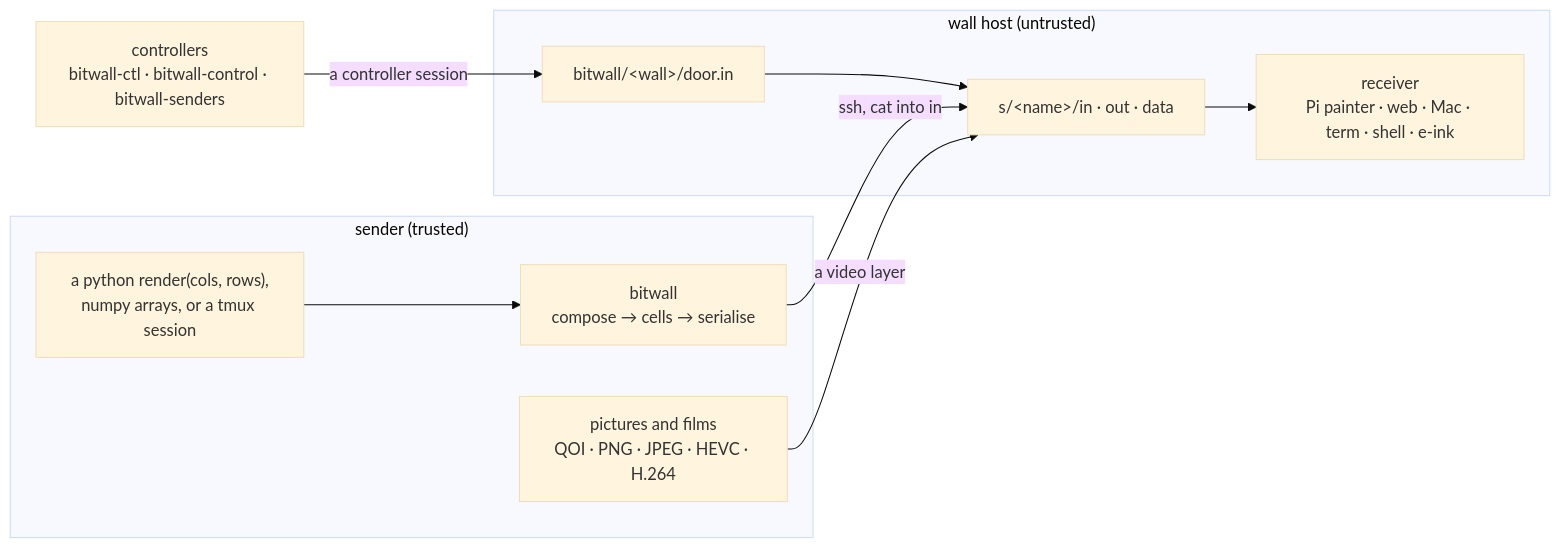
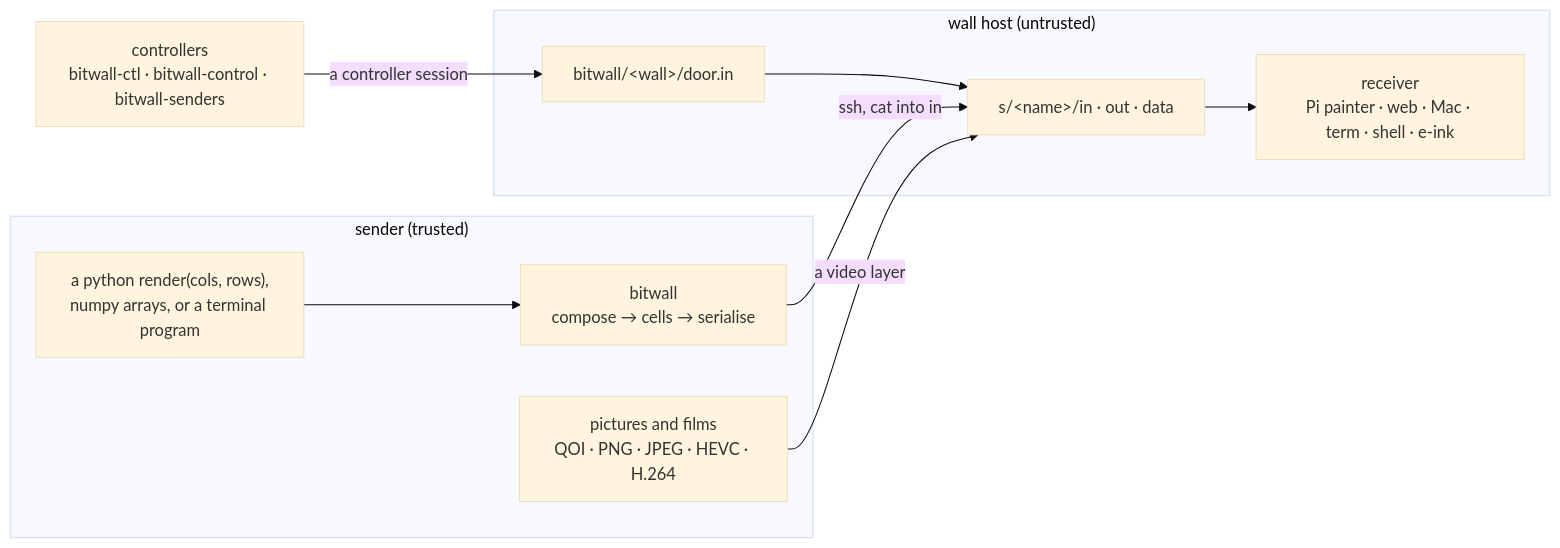
Before and after one commit to Iamrodos/bitwall: the second of 4 diagrams in README.md, drawn with Mermaid (base theme). The commit also changed other lines of this file and 10 other files, not shown here.

First line of the commit message:
Sources: terminal programs read through libghostty-vt, with or without tmux

````diff
--- a/README.md
+++ b/README.md
@@ -513,18 +517,18 @@
 ```mermaid
 flowchart LR
     subgraph sender["sender (trusted)"]
-        src["a python render(cols, rows),<br/>numpy arrays, or a tmux session"]
+        src["a python render(cols, rows),<br/>numpy arrays, or a terminal program"]
         lib["bitwall<br/>compose → cells → serialise"]
         vid["pictures and films<br/>QOI · PNG · JPEG · HEVC · H.264"]
         src --> lib
     end
     subgraph host["wall host (untrusted)"]
         door["bitwall/#lt;wall#gt;/door.in"]
         sess["s/#lt;name#gt;/in · out · data"]
         rcv["receiver<br/>Pi painter · web · Mac · term · shell · e-ink"]
         door --> sess --> rcv
     end
     lib -- "ssh, cat into in" --> sess
     vid -- "a video layer" --> sess
     ctl["controllers<br/>bitwall-ctl · bitwall-control · bitwall-senders"] -- "a controller session" --> door
 ```
````
